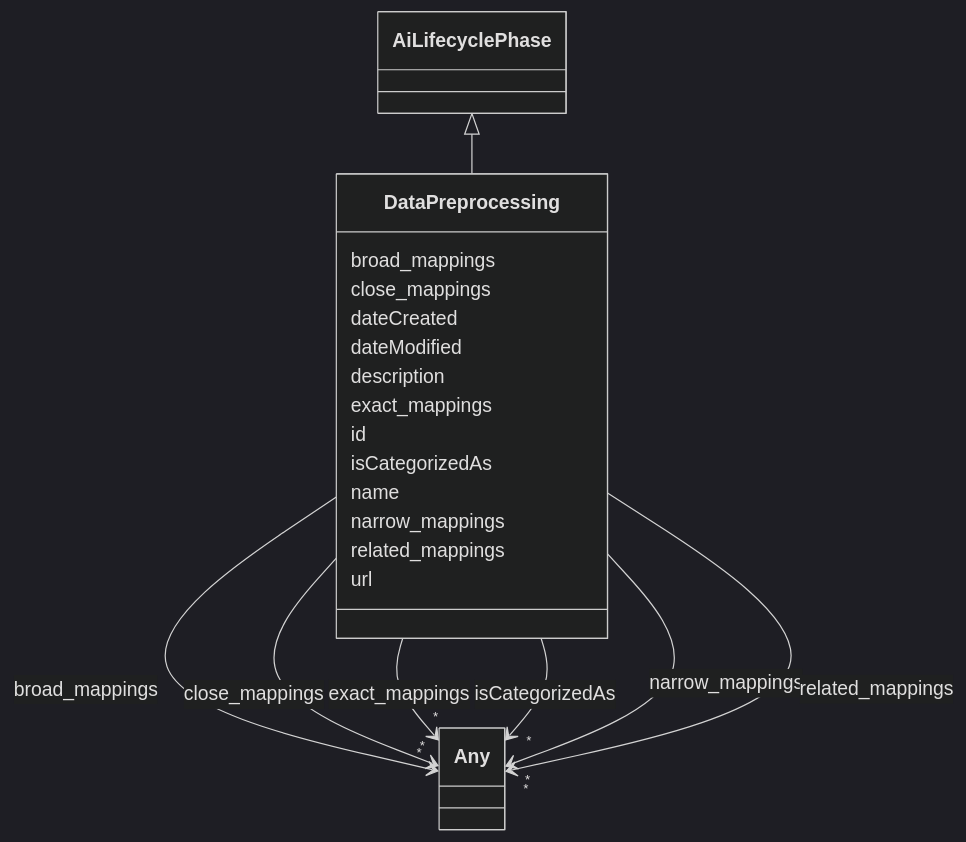
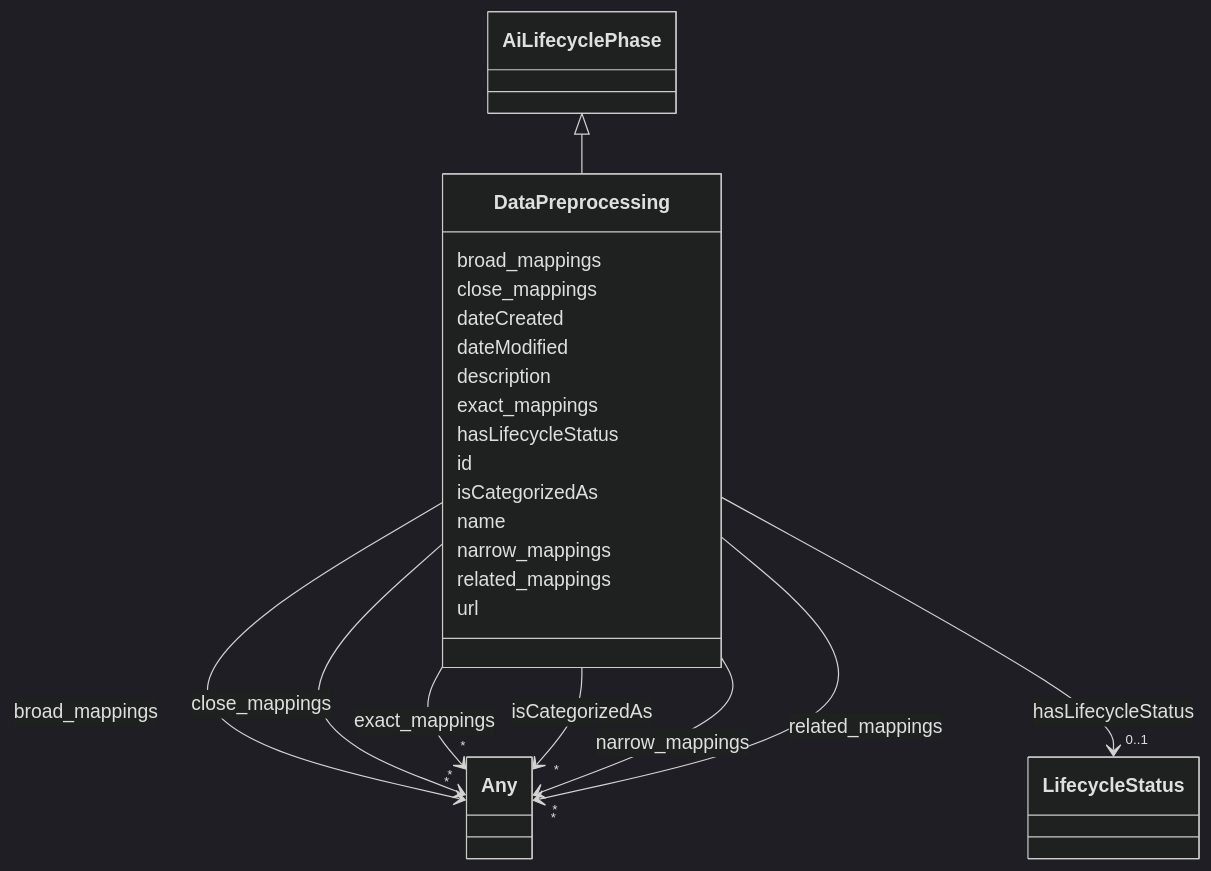
The diagram in docs/ontology/DataPreprocessing.md (ingelise/risk-atlas-nexus), drawn with Mermaid (dark theme) before and after one commit. The commit also changed other lines of this file and 206 other files, not shown here.

```diff
--- a/docs/ontology/DataPreprocessing.md
+++ b/docs/ontology/DataPreprocessing.md
@@ -57,6 +57,17 @@
 
 
 
+      DataPreprocessing : hasLifecycleStatus
+
+
+
+
+
+        DataPreprocessing --> "0..1" LifecycleStatus : hasLifecycleStatus
+        click LifecycleStatus href "../LifecycleStatus/"
+
+
+
       DataPreprocessing : id
 
       DataPreprocessing : isCategorizedAs
```
